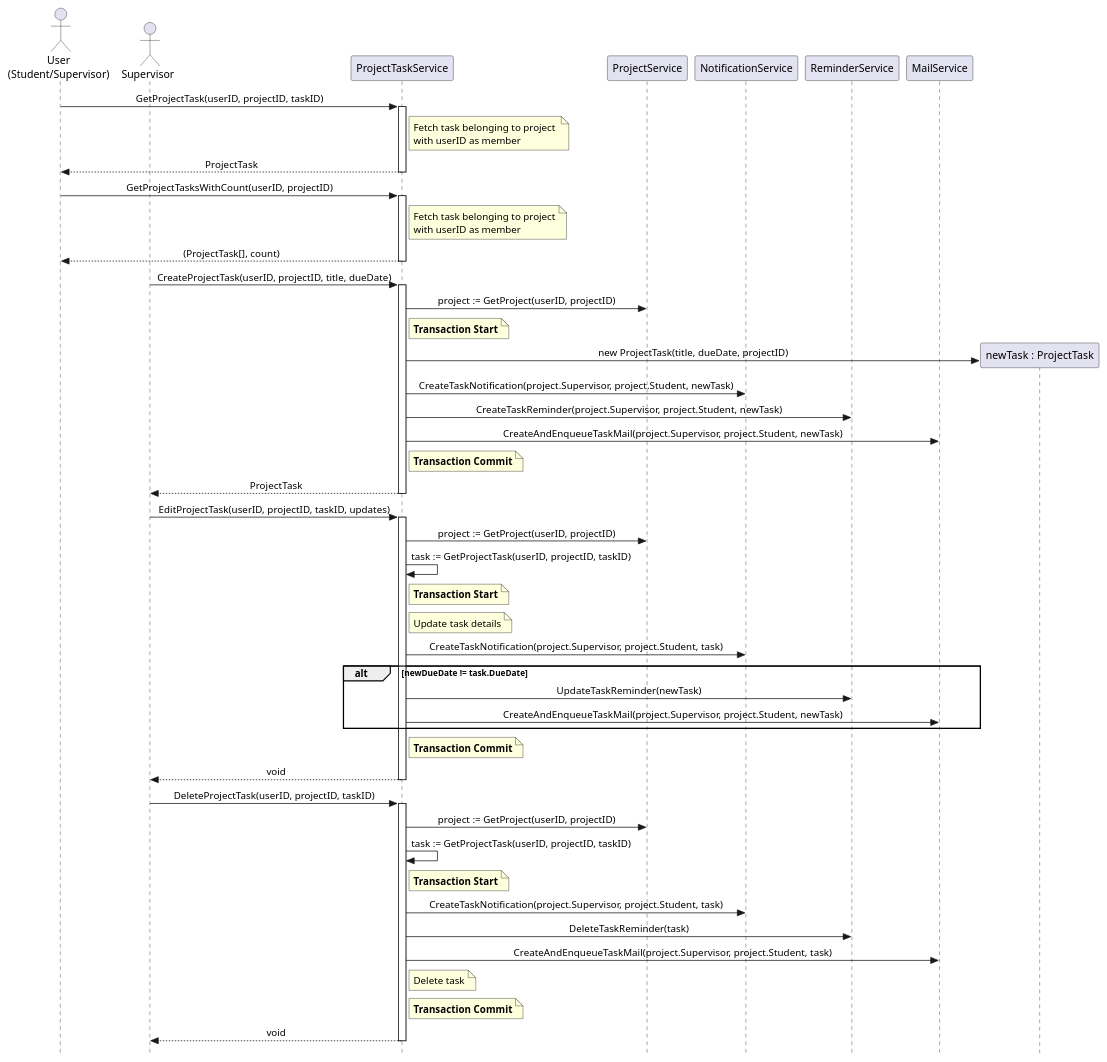
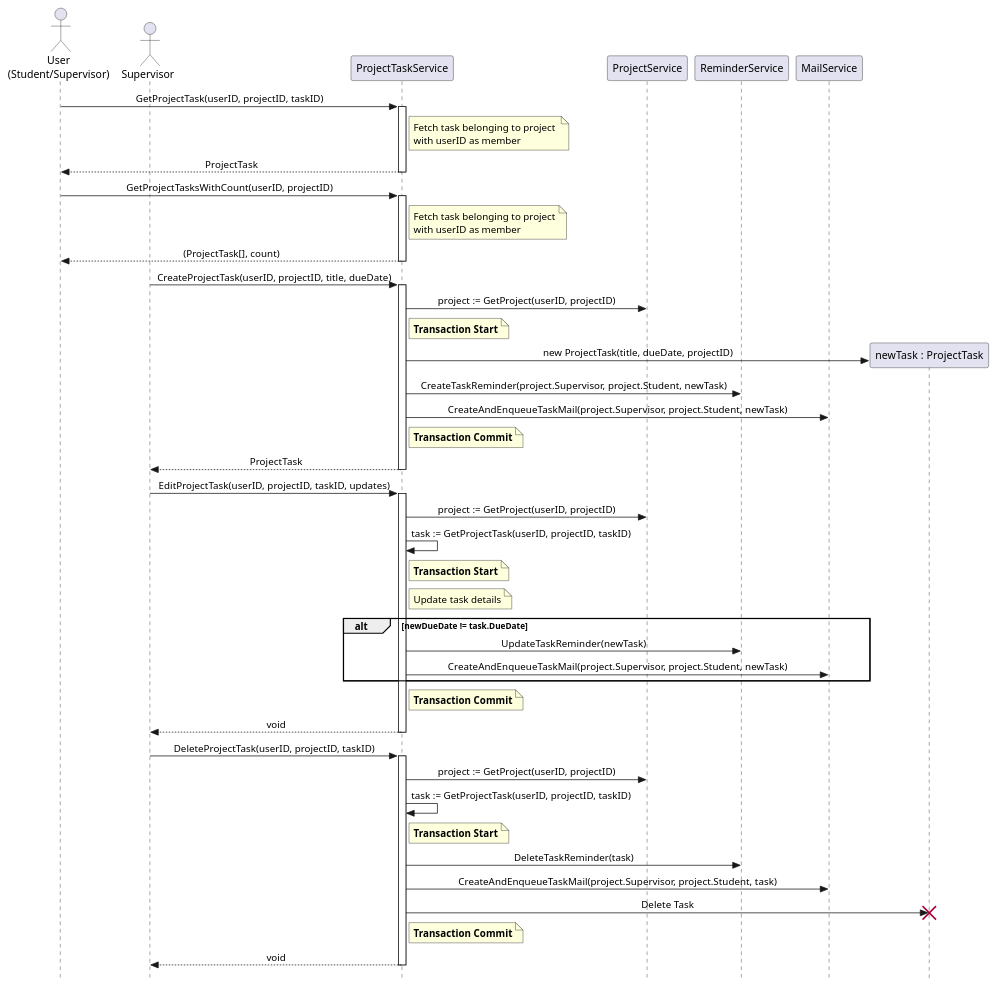
One commit to Beginner50/Dissertation changed the diagram in UML/Sequence Diagrams/Task Management.plantuml. Above: the diagram before and after it, drawn with PlantUML. The commit also changed 269 other files, not shown here.

```diff
--- a/UML/Sequence Diagrams/Task Management.plantuml
+++ b/UML/Sequence Diagrams/Task Management.plantuml
@@ -1,78 +1,76 @@
 @startuml
 skinparam Style strictuml
 skinparam SequenceMessageAlignment center
 
 actor "User\n(Student/Supervisor)" as U
 actor Supervisor
 participant "ProjectTaskService" as PTS
 participant "ProjectService" as PS
-participant "NotificationService" as NS
 participant "ReminderService" as RS
 participant "MailService" as MS
 
 U -> PTS : GetProjectTask(userID, projectID, taskID)
 activate PTS
     note right of PTS 
      Fetch task belonging to project 
      with userID as member 
     end note
     PTS --> U : ProjectTask
 deactivate PTS
 
 U -> PTS : GetProjectTasksWithCount(userID, projectID)
 activate PTS
     note right of PTS 
      Fetch task belonging to project
      with userID as member 
     end note
     PTS --> U : (ProjectTask[], count)
 deactivate PTS
 
 Supervisor -> PTS : CreateProjectTask(userID, projectID, title, dueDate)
 activate PTS
     PTS -> PS : project := GetProject(userID, projectID)
     
     create participant "newTask : ProjectTask" as NT
     note right of PTS : **Transaction Start**
     PTS -> NT : new ProjectTask(title, dueDate, projectID)
-    PTS -> NS : CreateTaskNotification(project.Supervisor, project.Student, newTask)
     PTS -> RS : CreateTaskReminder(project.Supervisor, project.Student, newTask)
     PTS -> MS : CreateAndEnqueueTaskMail(project.Supervisor, project.Student, newTask)
     note right of PTS : **Transaction Commit**
 
     PTS --> Supervisor : ProjectTask
 deactivate PTS
 
 Supervisor -> PTS : EditProjectTask(userID, projectID, taskID, updates)
 activate PTS
     PTS -> PS : project := GetProject(userID, projectID)
     PTS -> PTS : task := GetProjectTask(userID, projectID, taskID)
     
     note right of PTS : **Transaction Start**
     note right of PTS : Update task details 
-    PTS -> NS : CreateTaskNotification(project.Supervisor, project.Student, task)
     alt newDueDate != task.DueDate
         PTS -> RS : UpdateTaskReminder(newTask)
         PTS -> MS : CreateAndEnqueueTaskMail(project.Supervisor, project.Student, newTask)
     end
     note right of PTS : **Transaction Commit**
     
     PTS --> Supervisor : void
 deactivate PTS
 
 Supervisor -> PTS : DeleteProjectTask(userID, projectID, taskID)
 activate PTS
     PTS -> PS : project := GetProject(userID, projectID)
     PTS -> PTS : task := GetProjectTask(userID, projectID, taskID)
     
     note right of PTS : **Transaction Start**
-    PTS -> NS : CreateTaskNotification(project.Supervisor, project.Student, task)
+    create participant "newTask : ProjectTask" as NT
     PTS -> RS : DeleteTaskReminder(task)
     PTS -> MS : CreateAndEnqueueTaskMail(project.Supervisor, project.Student, task)
-    note right of PTS : Delete task
+    PTS -> NT : Delete Task
+    destroy NT
     note right of PTS : **Transaction Commit**
 
     PTS --> Supervisor : void
 deactivate PTS
 
 @enduml
```
